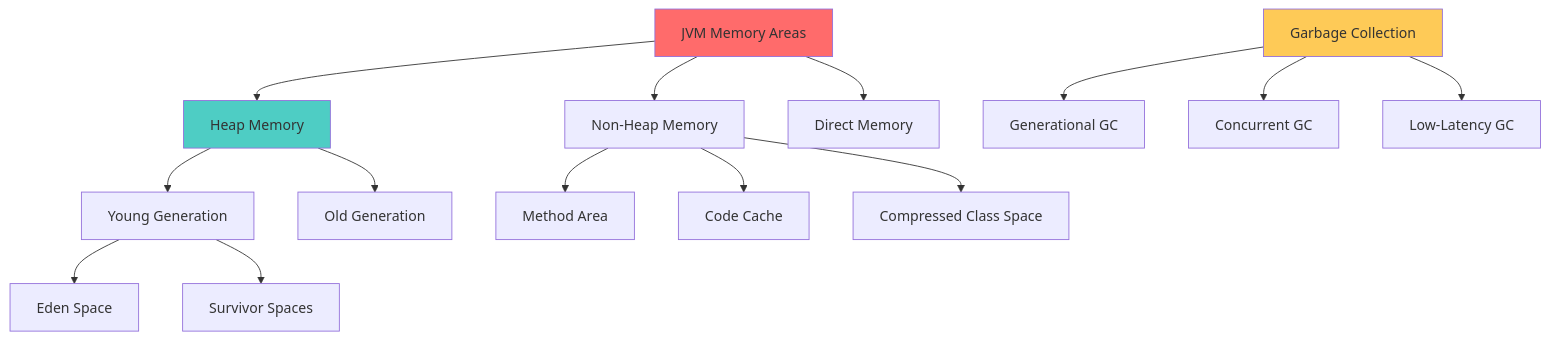
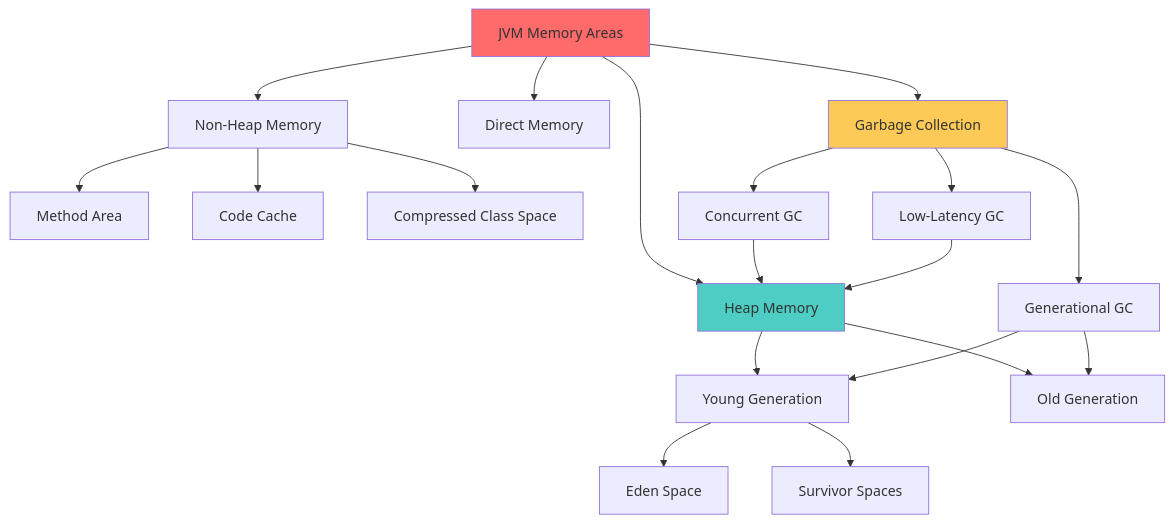
Before and after one commit to yennanliu/yennj12_blog_V4: diagram 26 of 29 in content/posts/comprehensive-java-learning-journey-fundamentals-to-advanced.md, drawn with Mermaid. The commit also changed 3 other files, not shown here.

Commit message:
fix diagram font size, design, add zoom in out function

````diff
--- a/content/posts/comprehensive-java-learning-journey-fundamentals-to-advanced.md
+++ b/content/posts/comprehensive-java-learning-journey-fundamentals-to-advanced.md
@@ -898,24 +898,31 @@
 ```mermaid
 graph TD
     A[JVM Memory Areas] --> B[Heap Memory]
     A --> C[Non-Heap Memory]
     A --> D[Direct Memory]
+    A --> L[Garbage Collection]
 
     B --> E[Young Generation]
     B --> F[Old Generation]
 
     E --> G[Eden Space]
     E --> H[Survivor Spaces]
 
     C --> I[Method Area]
     C --> J[Code Cache]
     C --> K[Compressed Class Space]
 
-    L[Garbage Collection] --> M[Generational GC]
+    L --> M[Generational GC]
     L --> N[Concurrent GC]
     L --> O[Low-Latency GC]
+
+    %% Connect GC types to memory areas they manage
+    M --> E
+    M --> F
+    N --> B
+    O --> B
 
     style A fill:#ff6b6b
     style B fill:#4ecdc4
     style L fill:#feca57
 ```
````
